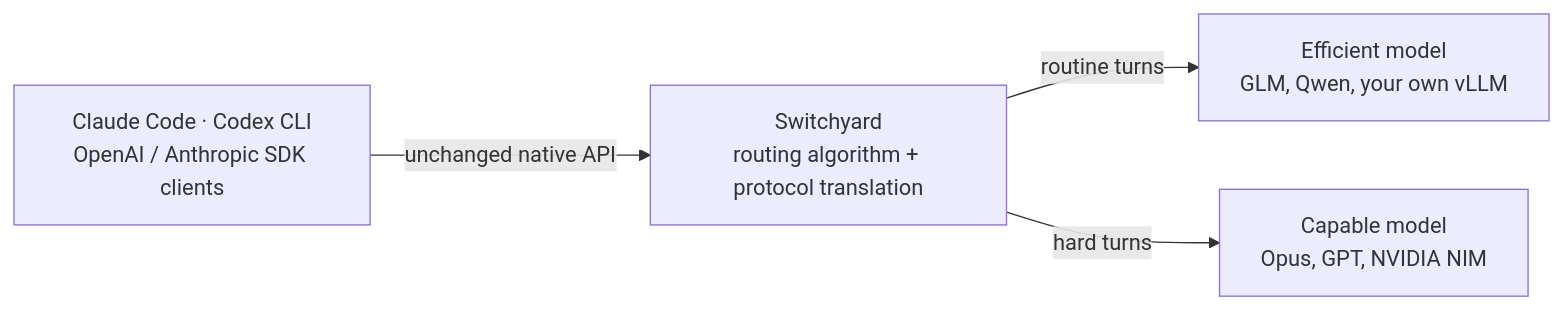
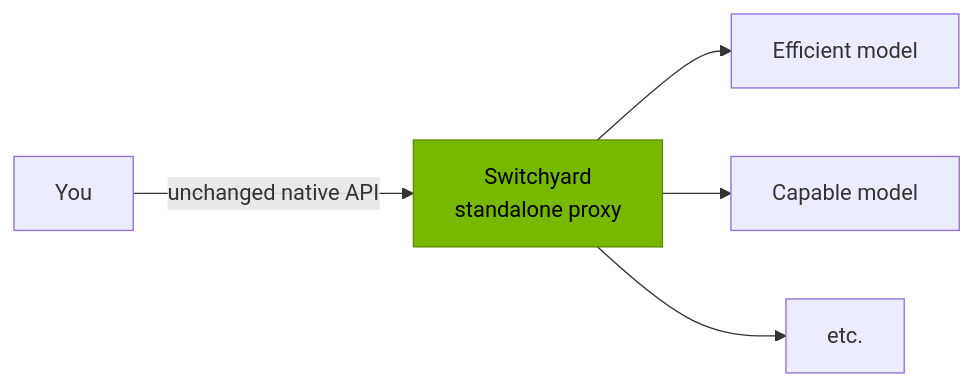
The third of 3 diagrams in README.md (NVIDIA-NeMo/Switchyard), drawn with Mermaid before and after one commit. The commit also changed other lines of this file and 1 other file, not shown here.

````diff
--- a/README.md
+++ b/README.md
@@ -11,11 +77,9 @@
 ```mermaid
 flowchart LR
-    A["Claude Code · Codex CLI<br/>OpenAI / Anthropic SDK clients"]
-    SY["Switchyard<br/>routing algorithm + protocol translation"]
-    E["Efficient model<br/>GLM, Qwen, your own vLLM"]
-    C["Capable model<br/>Opus, GPT, NVIDIA NIM"]
-
-    A -->|"unchanged native API"| SY
-    SY -->|"routine turns"| E
-    SY -->|"hard turns"| C
+    P["Switchyard<br/>standalone proxy"]
+    P--> M["Efficient model"]
+    P--> N["Capable model"]
+    P--> O[etc.]
+    G[You] -->|"unchanged native API"| P
+    style P fill:#76B900,stroke:#5A8F00,color:#000
 ```
````
